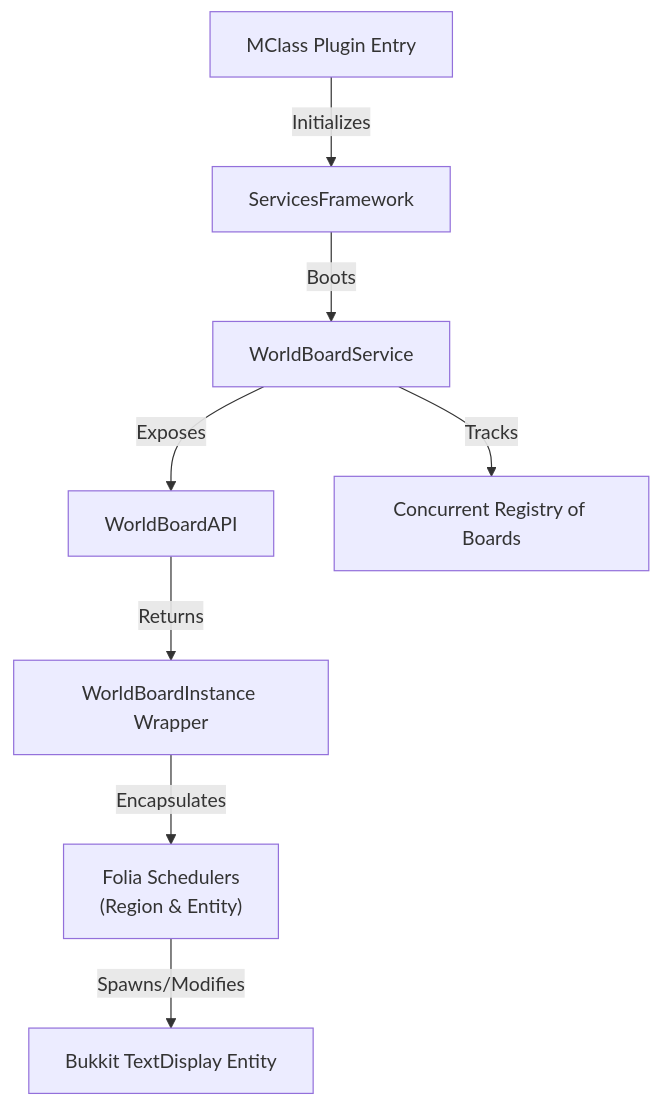
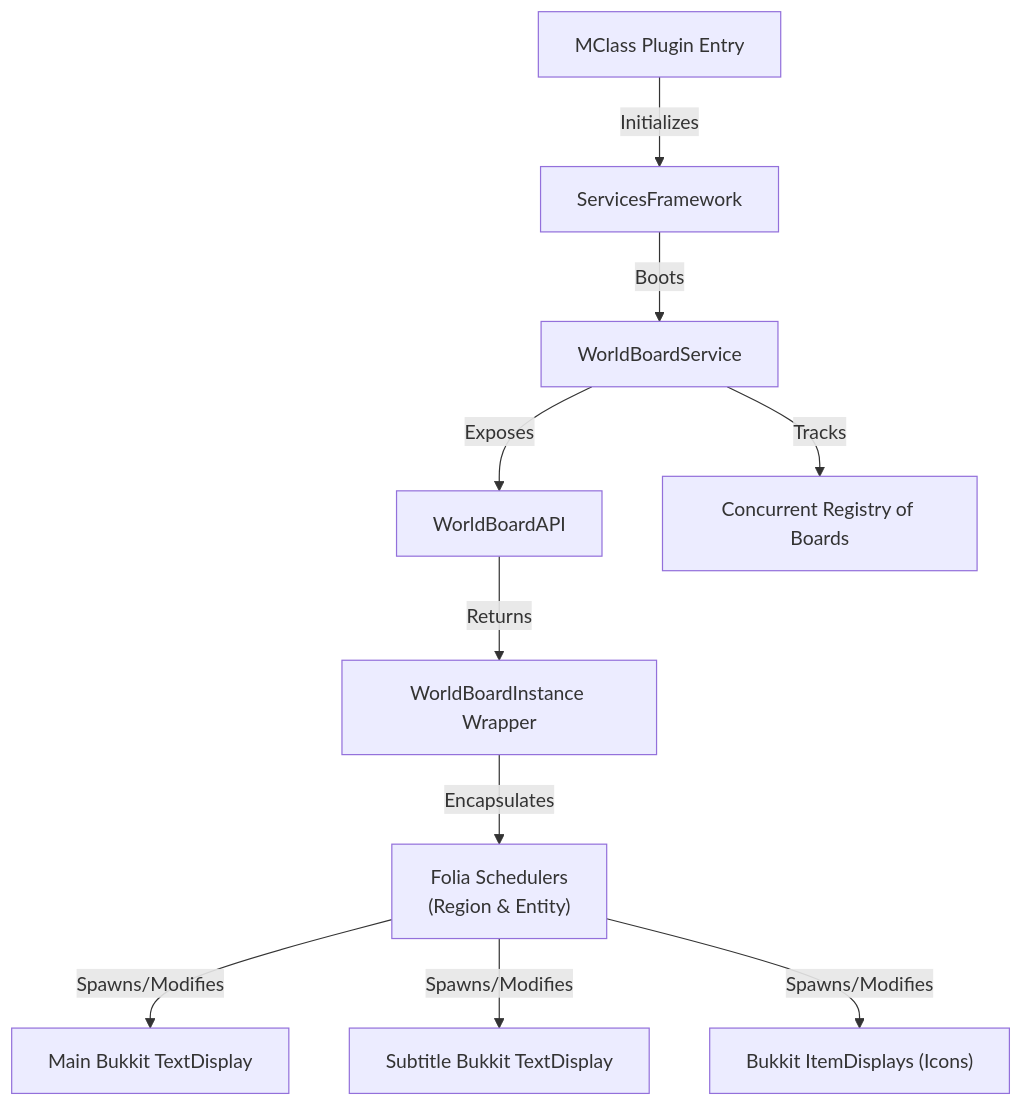
Before and after one commit to frentuka/survivalcore: the diagram in src/main/kotlin/site/ftka/survivalcore/services/worldboard/WORLD_BOARD.md, drawn with Mermaid. The commit also changed other lines of this file and 35 other files, not shown here.

````diff
--- a/src/main/kotlin/site/ftka/survivalcore/services/worldboard/WORLD_BOARD.md
+++ b/src/main/kotlin/site/ftka/survivalcore/services/worldboard/WORLD_BOARD.md
@@ -11,12 +11,14 @@
 ```mermaid
 graph TD
     MClass[MClass Plugin Entry] -->|Initializes| ServicesFramework[ServicesFramework]
     ServicesFramework -->|Boots| WorldBoardService[WorldBoardService]
     
     WorldBoardService -->|Exposes| WorldBoardAPI[WorldBoardAPI]
     WorldBoardService -->|Tracks| ActiveBoards[Concurrent Registry of Boards]
     
     WorldBoardAPI -->|Returns| WorldBoardInstance[WorldBoardInstance Wrapper]
     WorldBoardInstance -->|Encapsulates| FoliaSchedulers["Folia Schedulers<br>(Region & Entity)"]
-    FoliaSchedulers -->|Spawns/Modifies| TextDisplay["Bukkit TextDisplay Entity"]
+    FoliaSchedulers -->|Spawns/Modifies| TextDisplay["Main Bukkit TextDisplay"]
+    FoliaSchedulers -->|Spawns/Modifies| SubtitleDisplay["Subtitle Bukkit TextDisplay"]
+    FoliaSchedulers -->|Spawns/Modifies| ItemDisplays["Bukkit ItemDisplays (Icons)"]
 ```
````
